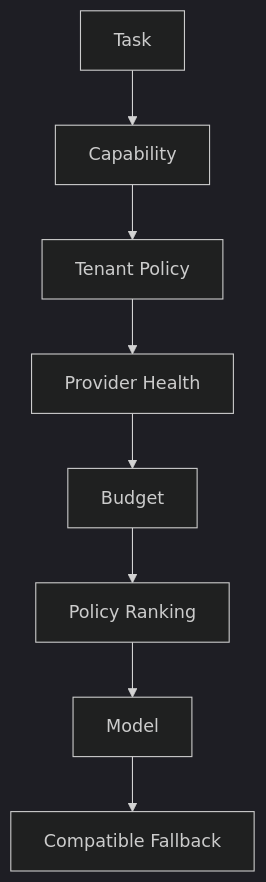
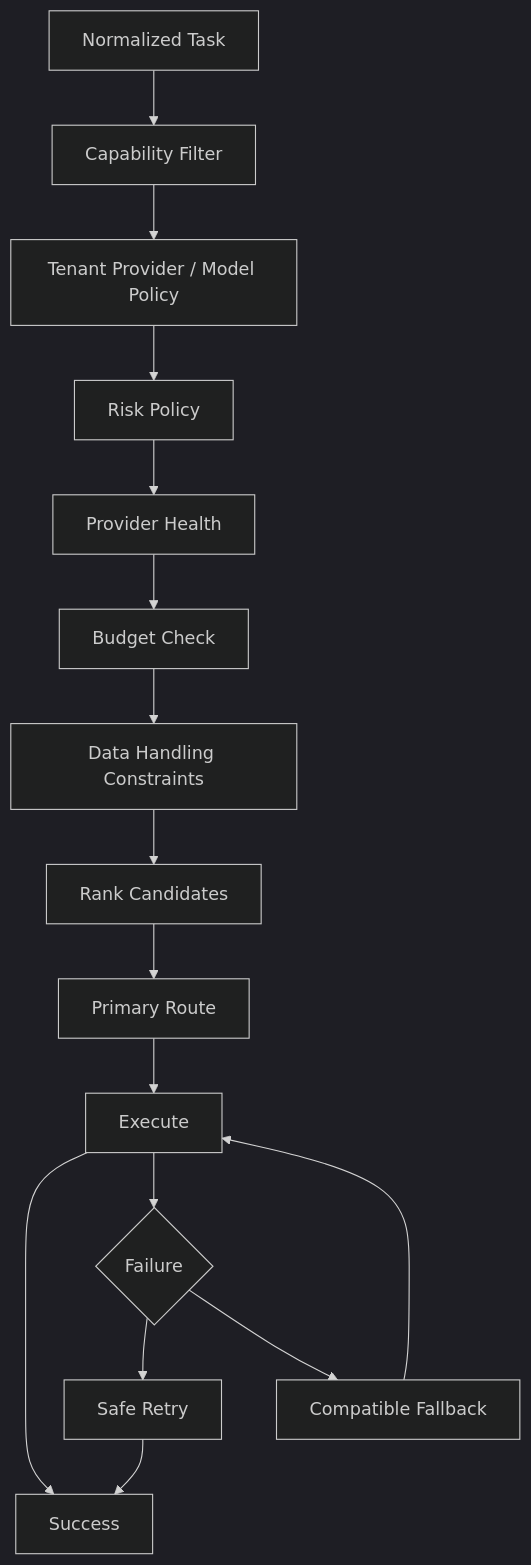
Before and after one commit to D-engahmed/OMILINKS: the first of 2 diagrams in docs/ai/model-routing.md, drawn with Mermaid (dark theme). The commit also changed other lines of this file and 2 other files, not shown here.

Commit message:
docs: engineer agent runtime model routing and tool runtime

````diff
--- a/docs/ai/model-routing.md
+++ b/docs/ai/model-routing.md
@@ -13,10 +66,18 @@
 ```mermaid
 flowchart TD
-TASK[Task] --> CAP[Capability]
-CAP --> TEN[Tenant Policy]
-TEN --> HEALTH[Provider Health]
-HEALTH --> COST[Budget]
-COST --> RANK[Policy Ranking]
-RANK --> MODEL[Model]
-MODEL --> FALL[Compatible Fallback]
+    TASK[Normalized Task] --> CAP[Capability Filter]
+    CAP --> TENANT[Tenant Provider / Model Policy]
+    TENANT --> RISK[Risk Policy]
+    RISK --> HEALTH[Provider Health]
+    HEALTH --> BUDGET[Budget Check]
+    BUDGET --> DATA[Data Handling Constraints]
+    DATA --> RANK[Rank Candidates]
+    RANK --> PRIMARY[Primary Route]
+    PRIMARY --> CALL[Execute]
+    CALL --> RESULT[Success]
+    CALL --> FAIL{Failure}
+    FAIL --> RETRY[Safe Retry]
+    FAIL --> FALLBACK[Compatible Fallback]
+    RETRY --> RESULT
+    FALLBACK --> CALL
 ```
````
